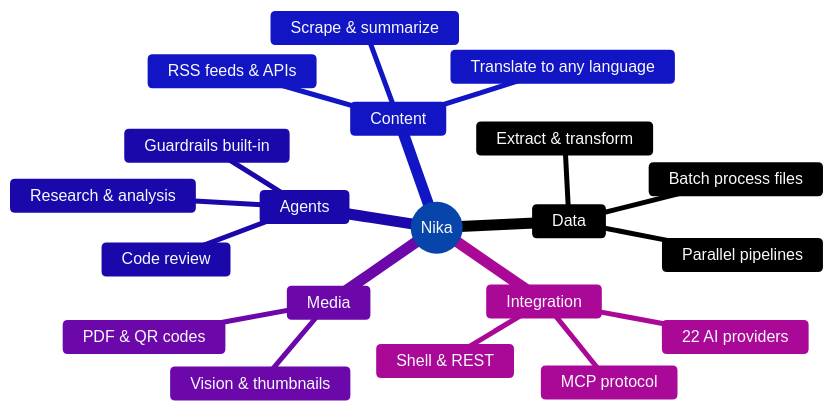
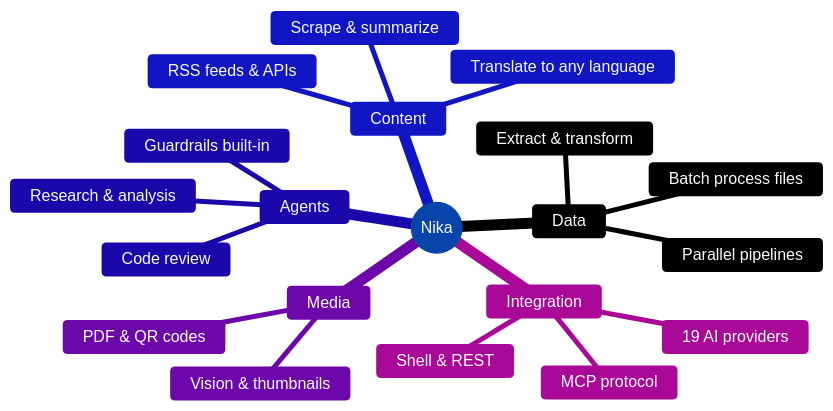
Before and after one commit to supernovae-st/nika: the third of 5 diagrams in MANIFESTO.md, drawn with Mermaid. The commit also changed other lines of this file and 5 other files, not shown here.

````diff
--- a/MANIFESTO.md
+++ b/MANIFESTO.md
@@ -132,24 +134,24 @@
 ```mermaid
 %%{init: {'theme': 'base', 'themeVariables': {'primaryColor': '#3b82f6', 'primaryTextColor': '#f8fafc', 'primaryBorderColor': '#2563eb', 'secondaryColor': '#6366f1', 'tertiaryColor': '#0f172a', 'lineColor': '#64748b', 'textColor': '#e2e8f0', 'mainBkg': '#1e293b', 'nodeBorder': '#3b82f6'}}}%%
 mindmap
   root((Nika))
     Content
       Scrape & summarize
       Translate to any language
       RSS feeds & APIs
     Data
       Batch process files
       Extract & transform
       Parallel pipelines
     Agents
       Research & analysis
       Code review
       Guardrails built-in
     Media
       Vision & thumbnails
       PDF & QR codes
     Integration
-      22 AI providers
+      19 AI providers
       MCP protocol
       Shell & REST
 ```
````
